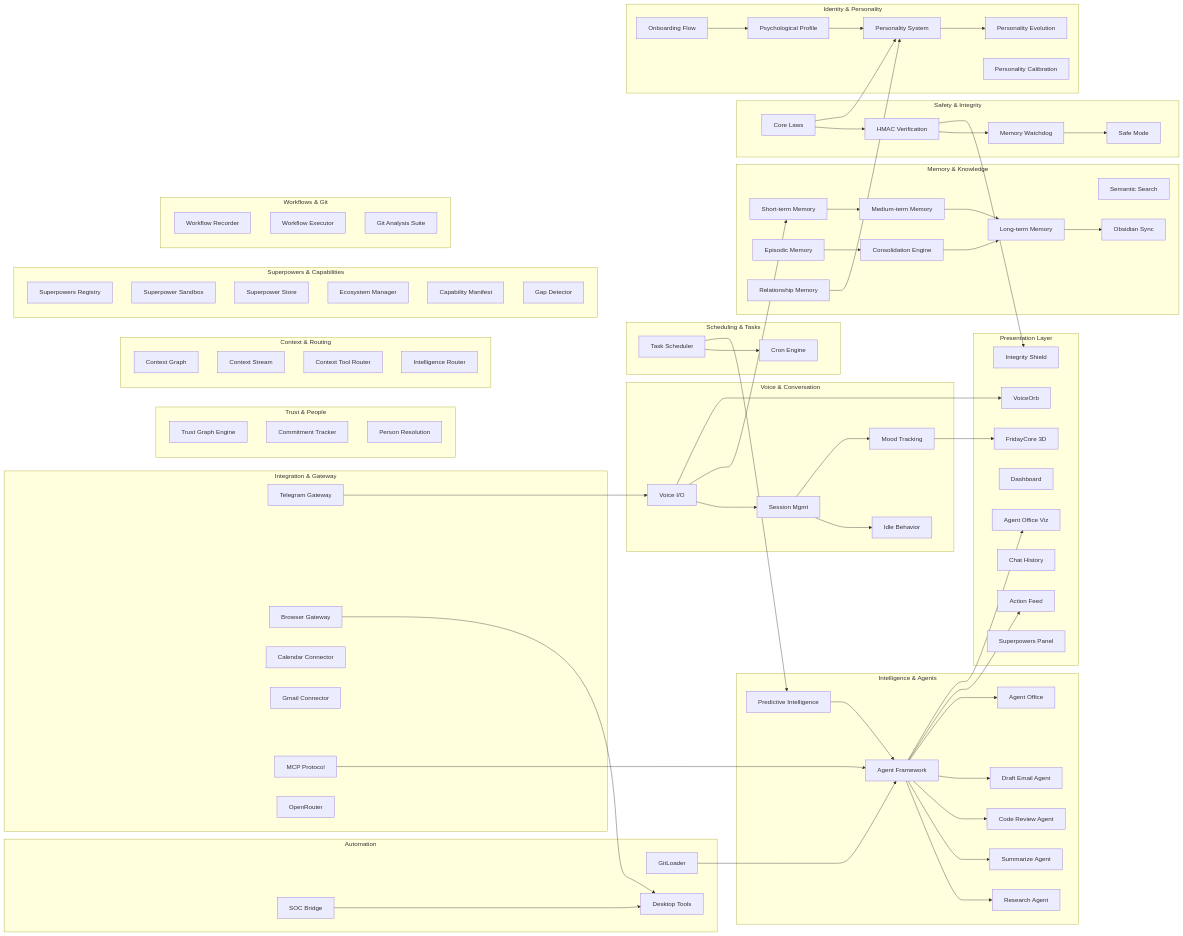
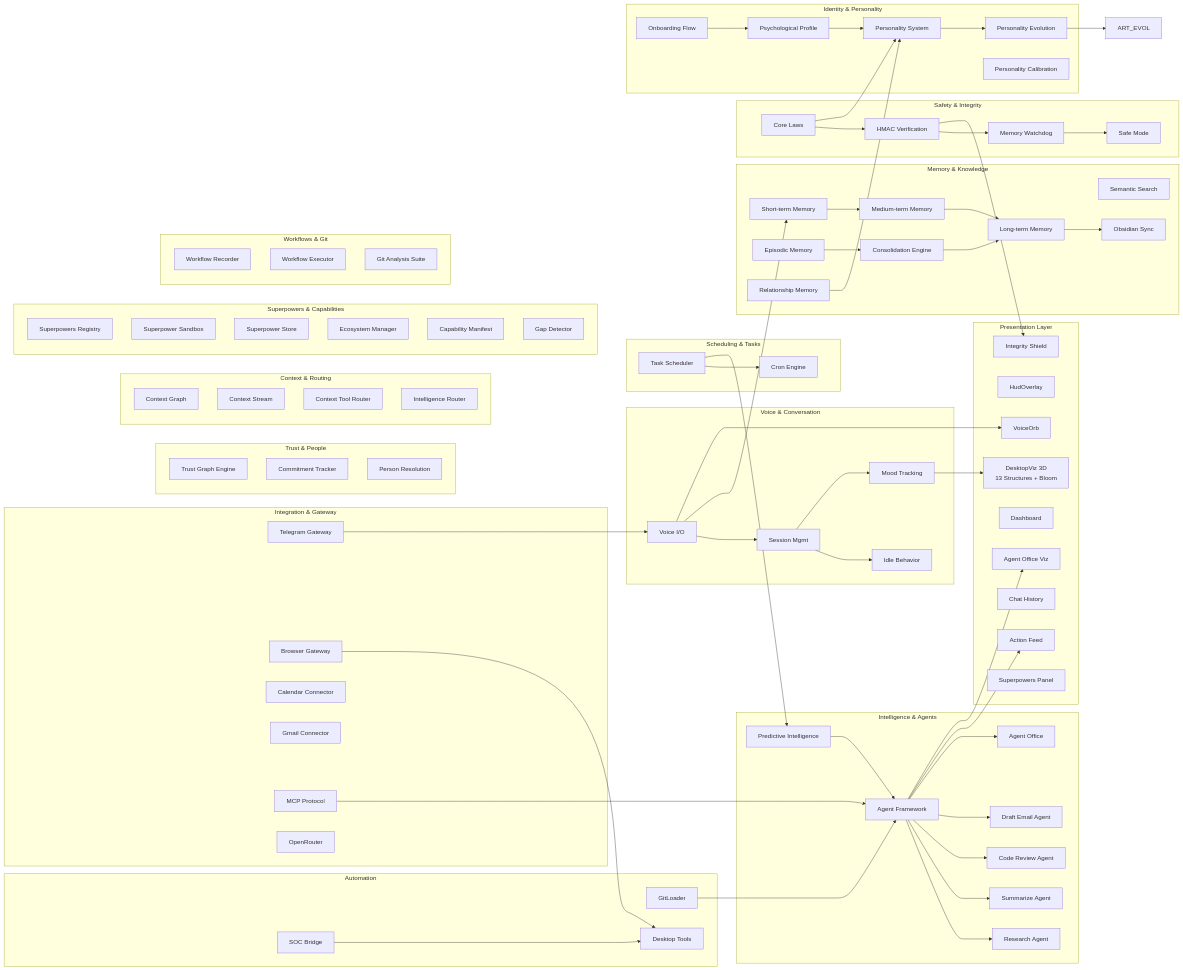
One commit to FutureSpeakAI/Agent-Friday changed the second of 19 diagrams in ARCHITECTURE.md. Above: the diagram before and after it, drawn with Mermaid. The commit also changed other lines of this file and 1 other file, not shown here.

First line of the commit message:
docs: add Holographic Desktop and Art Evolution to README + ARCHITECTURE

```diff
--- a/ARCHITECTURE.md
+++ b/ARCHITECTURE.md
@@ -217,7 +217,8 @@
     end
 
     subgraph "Presentation Layer"
-        NEXUS[FridayCore 3D]
+        NEXUS[DesktopViz 3D<br/>13 Structures + Bloom]
+        HUD[HudOverlay]
         ORB[VoiceOrb]
         OFFICE_VIS[Agent Office Viz]
         DASH[Dashboard]
@@ -263,6 +264,7 @@
     ONBOARD --> PSYCH
     PSYCH --> PERSONA
     PERSONA --> EVOLVE
+    EVOLVE --> ART_EVOL
 
     MOOD --> NEXUS
     VOICE --> ORB
```
